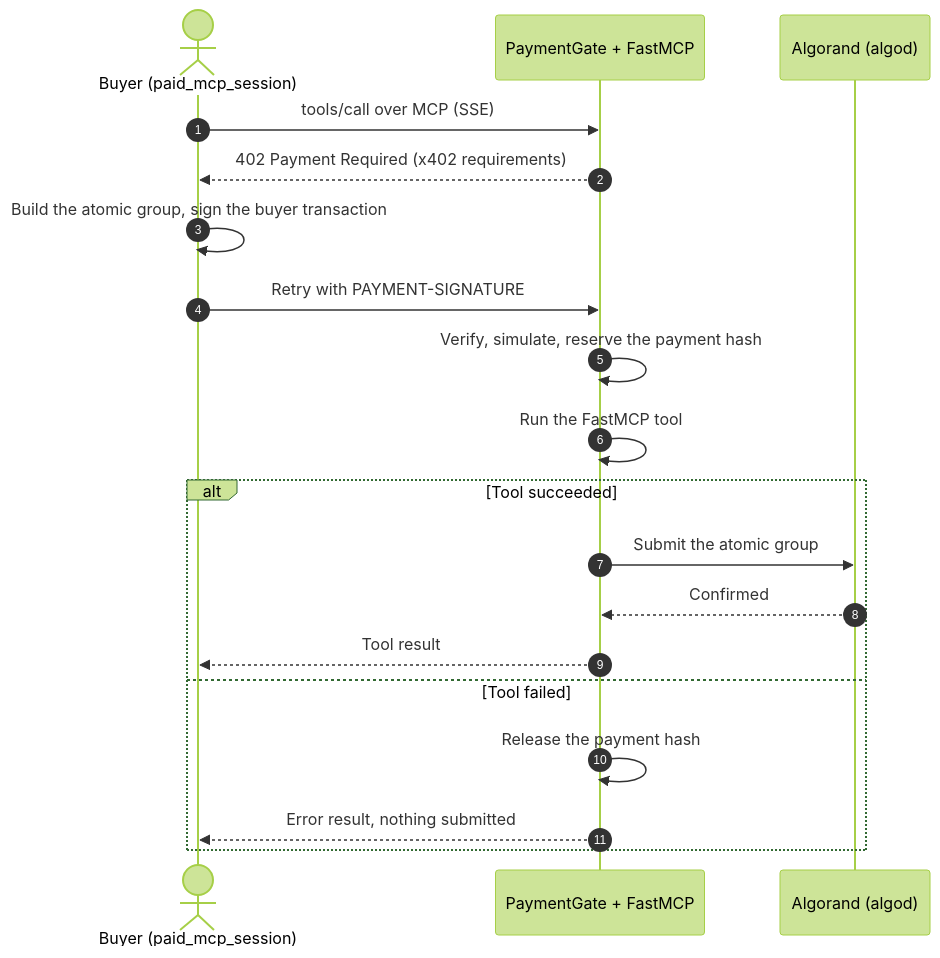
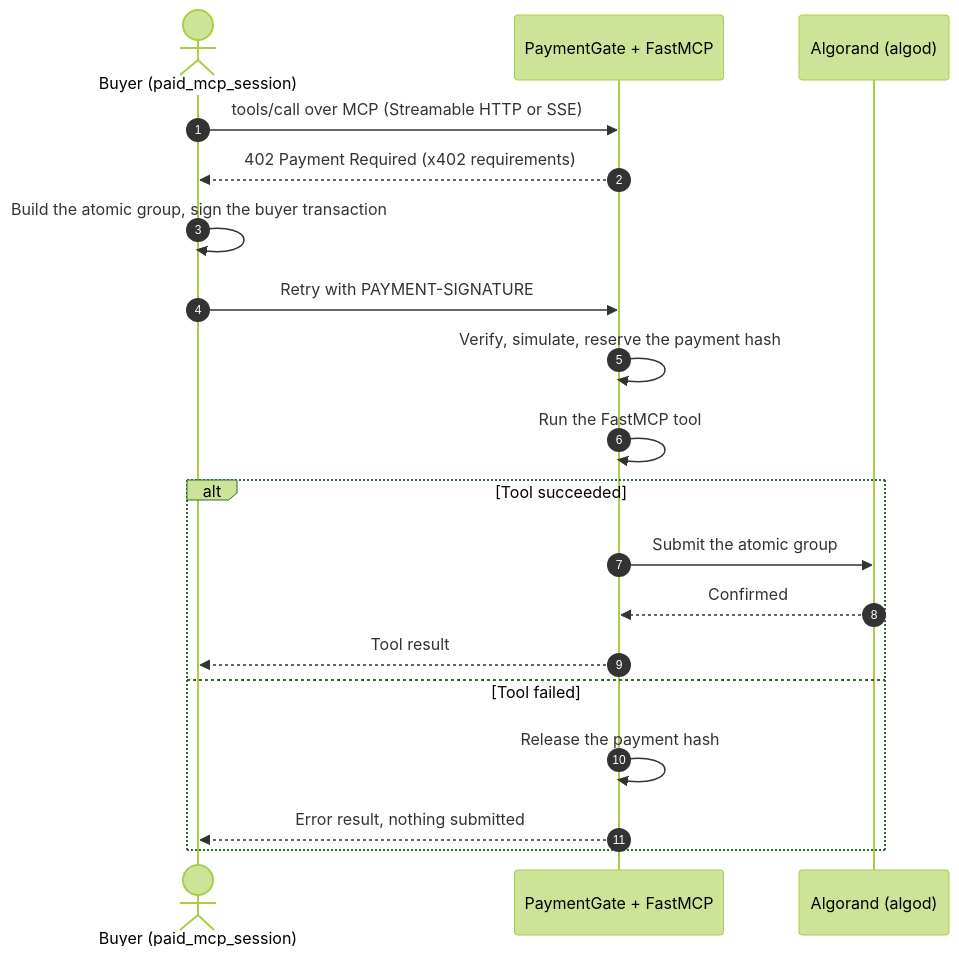
Before and after one commit to x402-avm/x402-avm.github.io: the diagram in ai-economy-sdk/overview.mdx, drawn with Mermaid (forest theme). The commit also changed other lines of this file and 153 other files, not shown here.

````diff
--- a/ai-economy-sdk/overview.mdx
+++ b/ai-economy-sdk/overview.mdx
@@ -29,22 +29,22 @@
 ```mermaid
 sequenceDiagram
     autonumber
     actor Client as Buyer (paid_mcp_session)
     participant Gate as PaymentGate + FastMCP
     participant Chain as Algorand (algod)
 
-    Client->>Gate: tools/call over MCP (SSE)
+    Client->>Gate: tools/call over MCP (Streamable HTTP or SSE)
     Gate-->>Client: 402 Payment Required (x402 requirements)
     Client->>Client: Build the atomic group, sign the buyer transaction
     Client->>Gate: Retry with PAYMENT-SIGNATURE
     Gate->>Gate: Verify, simulate, reserve the payment hash
     Gate->>Gate: Run the FastMCP tool
     alt Tool succeeded
         Gate->>Chain: Submit the atomic group
         Chain-->>Gate: Confirmed
         Gate-->>Client: Tool result
     else Tool failed
         Gate->>Gate: Release the payment hash
         Gate-->>Client: Error result, nothing submitted
     end
 ```
````
